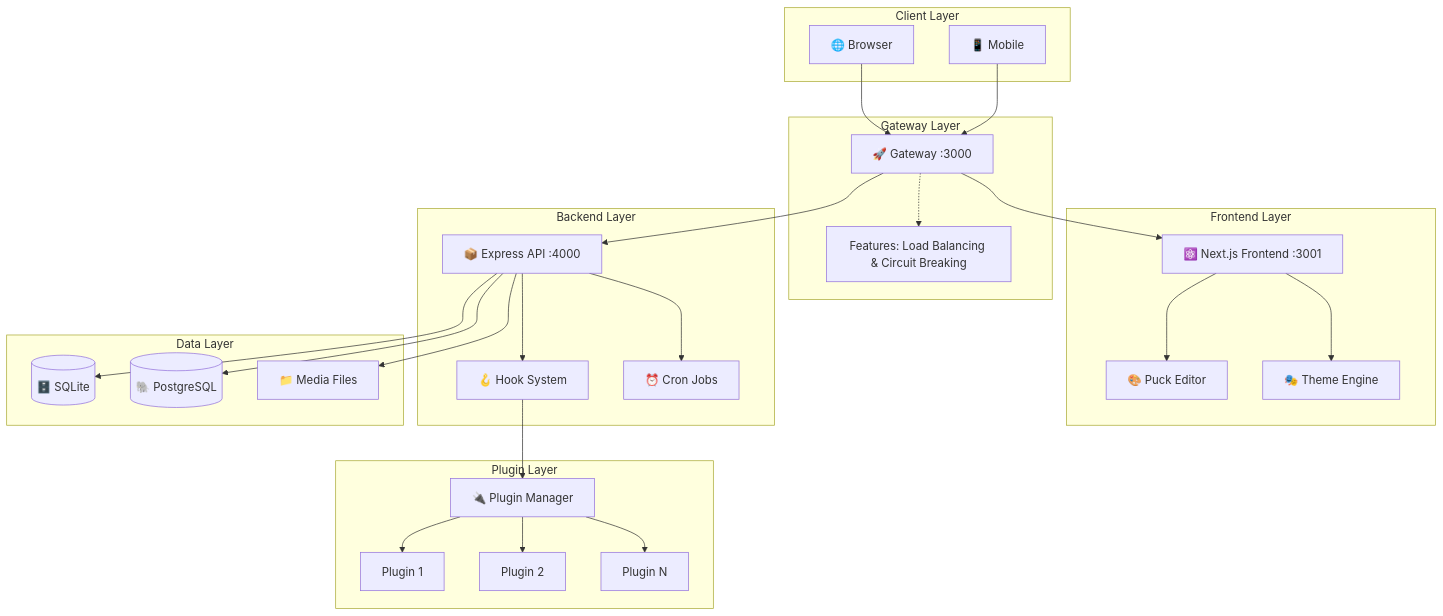
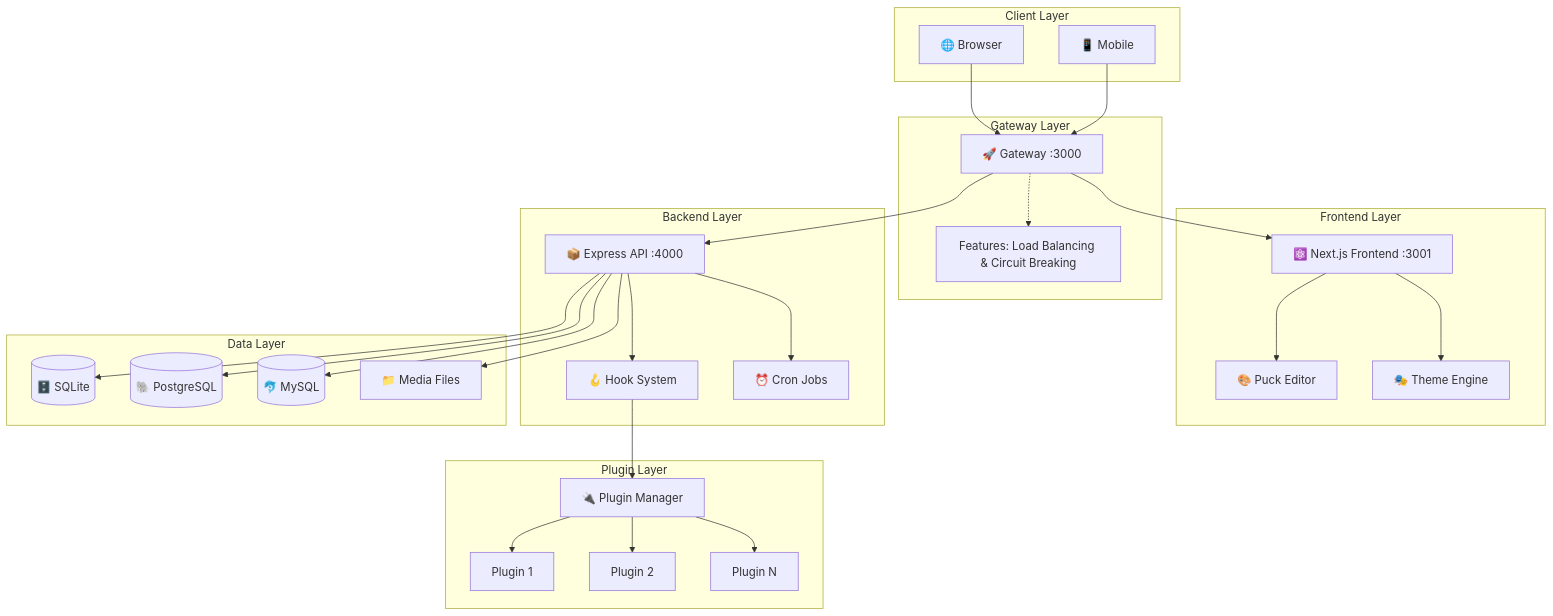
The first of 11 diagrams in documentation/architecture.md (jaimemartinez/wordjs), drawn with Mermaid before and after one commit. The commit also changed other lines of this file and 299 other files, not shown here.

````diff
--- a/documentation/architecture.md
+++ b/documentation/architecture.md
@@ -9,54 +9,56 @@
 ```mermaid
 graph TB
     subgraph "Client Layer"
         Browser[🌐 Browser]
         Mobile[📱 Mobile]
     end
 
     subgraph "Gateway Layer"
         Gateway[🚀 Gateway :3000]
         note[Features: Load Balancing & Circuit Breaking]
         Gateway -.-> note
     end
 
     subgraph "Frontend Layer"
         NextJS[⚛️ Next.js Frontend :3001]
         Puck[🎨 Puck Editor]
         Themes[🎭 Theme Engine]
     end
 
     subgraph "Backend Layer"
         Express[📦 Express API :4000]
         Hooks[🪝 Hook System]
         Cron[⏰ Cron Jobs]
     end
 
     subgraph "Plugin Layer"
         PluginCore[🔌 Plugin Manager]
         Plugin1[Plugin 1]
         Plugin2[Plugin 2]
         PluginN[Plugin N]
     end
 
     subgraph "Data Layer"
         SQLite[(🗄️ SQLite)]
         PostgreSQL[(🐘 PostgreSQL)]
+        MySQL[(🐬 MySQL)]
         MediaFS[📁 Media Files]
     end
 
     Browser --> Gateway
     Mobile --> Gateway
     Gateway --> NextJS
     Gateway --> Express
     NextJS --> Puck
     NextJS --> Themes
     Express --> Hooks
     Express --> Cron
     Hooks --> PluginCore
     PluginCore --> Plugin1
     PluginCore --> Plugin2
     PluginCore --> PluginN
     Express --> SQLite
     Express --> PostgreSQL
+    Express --> MySQL
     Express --> MediaFS
 ```
````
